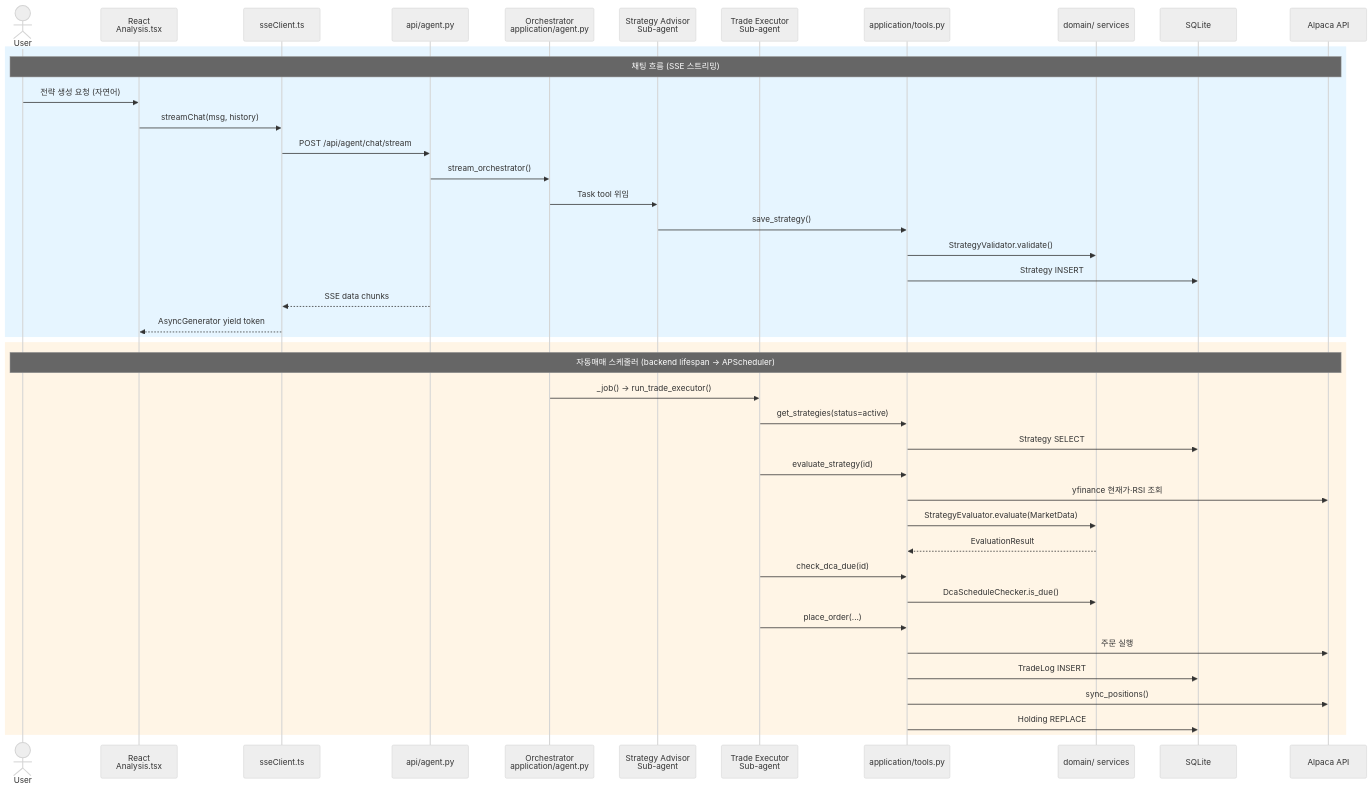
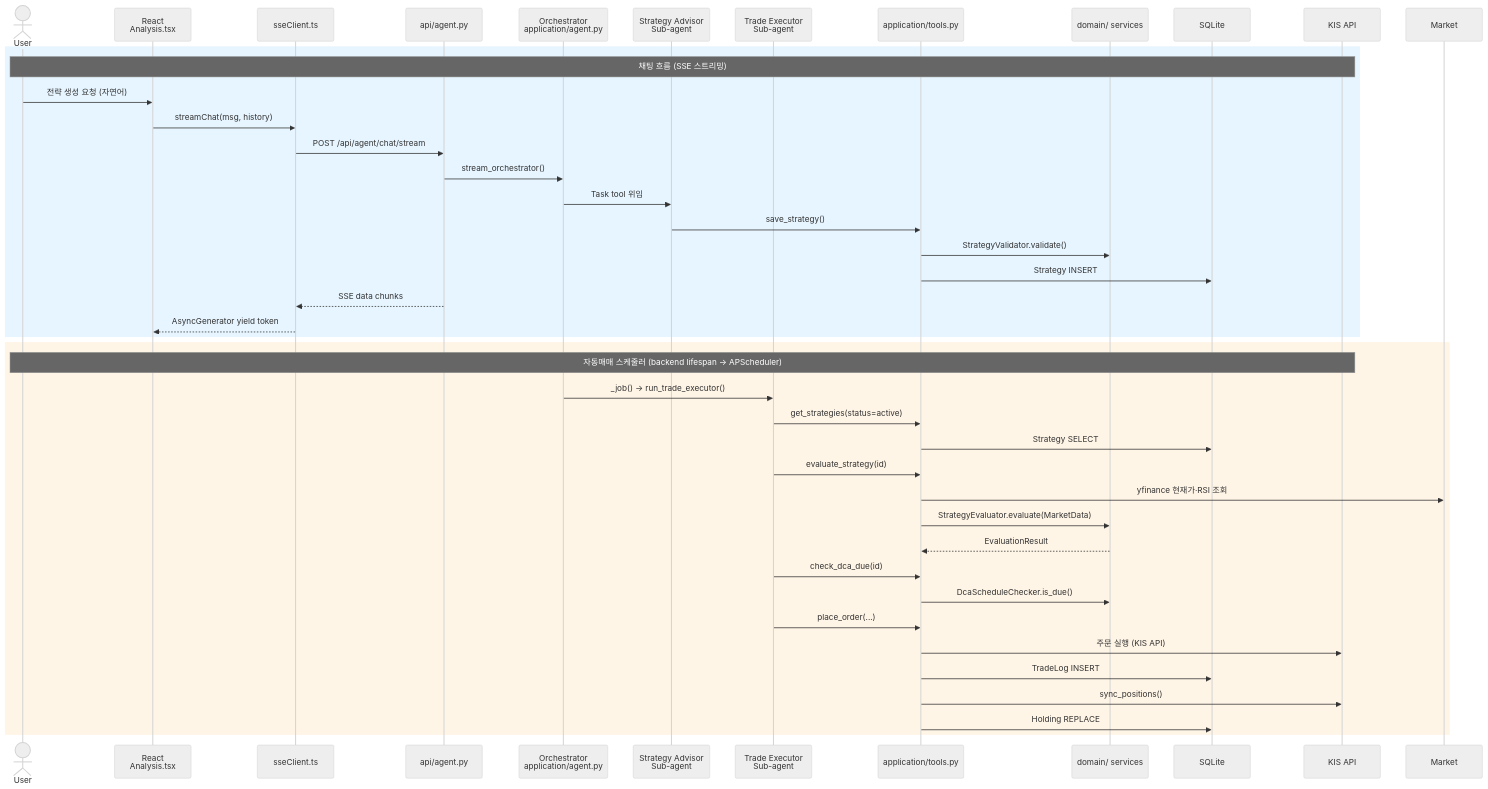
One commit to yogurt-c/auto-trading changed the third of 5 diagrams in .claude/docs/architecture-ddd.md. Above: the diagram before and after it, drawn with Mermaid (neutral theme). The commit also changed other lines of this file and 5 other files, not shown here.

````diff
--- a/.claude/docs/architecture-ddd.md
+++ b/.claude/docs/architecture-ddd.md
@@ -111,46 +111,46 @@
 ```mermaid
 sequenceDiagram
     actor User
     participant UI as React<br/>Analysis.tsx
     participant AC as sseClient.ts
     participant BAPI as api/agent.py
     participant Orch as Orchestrator<br/>application/agent.py
     participant Advisor as Strategy Advisor<br/>Sub-agent
     participant Exec as Trade Executor<br/>Sub-agent
     participant Tools as application/tools.py
     participant Domain as domain/ services
     participant DB as SQLite
-    participant Alpaca as Alpaca API
+    participant Alpaca as KIS API
 
     rect rgb(230, 245, 255)
         Note over User,Alpaca: 채팅 흐름 (SSE 스트리밍)
         User->>UI: 전략 생성 요청 (자연어)
         UI->>AC: streamChat(msg, history)
         AC->>BAPI: POST /api/agent/chat/stream
         BAPI->>Orch: stream_orchestrator()
         Orch->>Advisor: Task tool 위임
         Advisor->>Tools: save_strategy()
         Tools->>Domain: StrategyValidator.validate()
         Tools->>DB: Strategy INSERT
         BAPI-->>AC: SSE data chunks
         AC-->>UI: AsyncGenerator yield token
     end
 
     rect rgb(255, 245, 230)
         Note over User,Alpaca: 자동매매 스케줄러 (backend lifespan → APScheduler)
         Orch->>Exec: _job() → run_trade_executor()
         Exec->>Tools: get_strategies(status=active)
         Tools->>DB: Strategy SELECT
         Exec->>Tools: evaluate_strategy(id)
-        Tools->>Alpaca: yfinance 현재가·RSI 조회
+        Tools->>Market: yfinance 현재가·RSI 조회
         Tools->>Domain: StrategyEvaluator.evaluate(MarketData)
         Domain-->>Tools: EvaluationResult
         Exec->>Tools: check_dca_due(id)
         Tools->>Domain: DcaScheduleChecker.is_due()
         Exec->>Tools: place_order(...)
-        Tools->>Alpaca: 주문 실행
+        Tools->>Alpaca: 주문 실행 (KIS API)
         Tools->>DB: TradeLog INSERT
         Tools->>Alpaca: sync_positions()
         Tools->>DB: Holding REPLACE
     end
 ```
````
